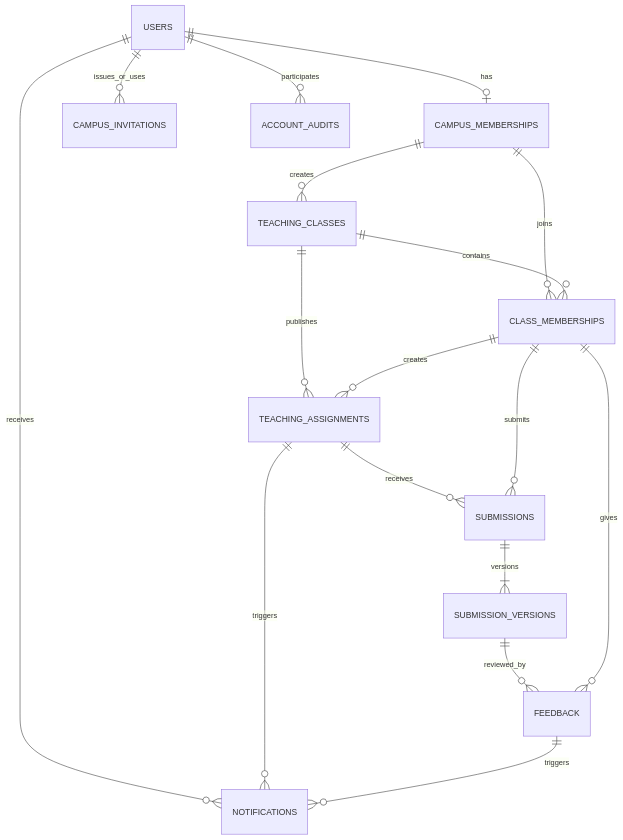
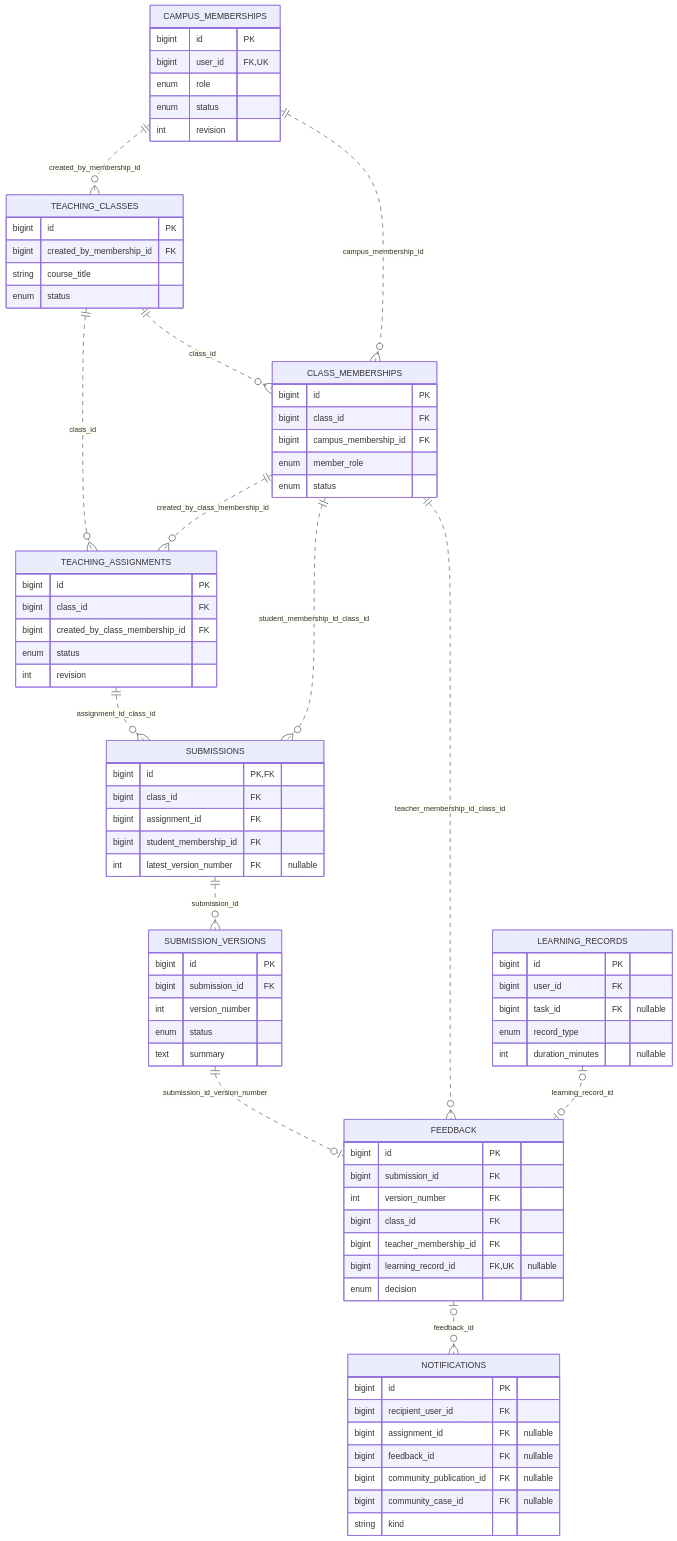
The sixth of 8 diagrams in README.md (lengchang-haoyuan/AI-Assisted-Campus-Learning-and-Code-Practice-Platform), drawn with Mermaid before and after one commit. The commit also changed other lines of this file and 14 other files, not shown here.

Commit message:
docs: expand key code paths and database ER diagrams

````diff
--- a/README.md
+++ b/README.md
@@ -209,19 +542,81 @@
 ```mermaid
 erDiagram
-    USERS ||--o| CAMPUS_MEMBERSHIPS : has
-    USERS ||--o{ CAMPUS_INVITATIONS : issues_or_uses
-    USERS ||--o{ ACCOUNT_AUDITS : participates
-    CAMPUS_MEMBERSHIPS ||--o{ TEACHING_CLASSES : creates
-    CAMPUS_MEMBERSHIPS ||--o{ CLASS_MEMBERSHIPS : joins
-    TEACHING_CLASSES ||--o{ CLASS_MEMBERSHIPS : contains
-    TEACHING_CLASSES ||--o{ TEACHING_ASSIGNMENTS : publishes
-    CLASS_MEMBERSHIPS ||--o{ TEACHING_ASSIGNMENTS : creates
-    TEACHING_ASSIGNMENTS ||--o{ SUBMISSIONS : receives
-    CLASS_MEMBERSHIPS ||--o{ SUBMISSIONS : submits
-    SUBMISSIONS ||--|{ SUBMISSION_VERSIONS : versions
-    SUBMISSION_VERSIONS ||--o{ FEEDBACK : reviewed_by
-    CLASS_MEMBERSHIPS ||--o{ FEEDBACK : gives
-    USERS ||--o{ NOTIFICATIONS : receives
-    TEACHING_ASSIGNMENTS ||--o{ NOTIFICATIONS : triggers
-    FEEDBACK ||--o{ NOTIFICATIONS : triggers
+    CAMPUS_MEMBERSHIPS {
+        bigint id PK
+        bigint user_id FK, UK
+        enum role
+        enum status
+        int revision
+    }
+    TEACHING_CLASSES {
+        bigint id PK
+        bigint created_by_membership_id FK
+        string course_title
+        enum status
+    }
+    CLASS_MEMBERSHIPS {
+        bigint id PK
+        bigint class_id FK
+        bigint campus_membership_id FK
+        enum member_role
+        enum status
+    }
+    TEACHING_ASSIGNMENTS {
+        bigint id PK
+        bigint class_id FK
+        bigint created_by_class_membership_id FK
+        enum status
+        int revision
+    }
+    SUBMISSIONS {
+        bigint id PK, FK
+        bigint class_id FK
+        bigint assignment_id FK
+        bigint student_membership_id FK
+        int latest_version_number FK "nullable"
+    }
+    SUBMISSION_VERSIONS {
+        bigint id PK
+        bigint submission_id FK
+        int version_number
+        enum status
+        text summary
+    }
+    FEEDBACK {
+        bigint id PK
+        bigint submission_id FK
+        int version_number FK
+        bigint class_id FK
+        bigint teacher_membership_id FK
+        bigint learning_record_id FK, UK "nullable"
+        enum decision
+    }
+    LEARNING_RECORDS {
+        bigint id PK
+        bigint user_id FK
+        bigint task_id FK "nullable"
+        enum record_type
+        int duration_minutes "nullable"
+    }
+    NOTIFICATIONS {
+        bigint id PK
+        bigint recipient_user_id FK
+        bigint assignment_id FK "nullable"
+        bigint feedback_id FK "nullable"
+        bigint community_publication_id FK "nullable"
+        bigint community_case_id FK "nullable"
+        string kind
+    }
+    CAMPUS_MEMBERSHIPS ||..o{ TEACHING_CLASSES : created_by_membership_id
+    TEACHING_CLASSES ||..o{ CLASS_MEMBERSHIPS : class_id
+    CAMPUS_MEMBERSHIPS ||..o{ CLASS_MEMBERSHIPS : campus_membership_id
+    TEACHING_CLASSES ||..o{ TEACHING_ASSIGNMENTS : class_id
+    CLASS_MEMBERSHIPS ||..o{ TEACHING_ASSIGNMENTS : created_by_class_membership_id
+    TEACHING_ASSIGNMENTS ||..o{ SUBMISSIONS : assignment_id_class_id
+    CLASS_MEMBERSHIPS ||..o{ SUBMISSIONS : student_membership_id_class_id
+    SUBMISSIONS ||..o{ SUBMISSION_VERSIONS : submission_id
+    SUBMISSION_VERSIONS ||..o| FEEDBACK : submission_id_version_number
+    CLASS_MEMBERSHIPS ||..o{ FEEDBACK : teacher_membership_id_class_id
+    LEARNING_RECORDS |o..o| FEEDBACK : learning_record_id
+    FEEDBACK |o..o{ NOTIFICATIONS : feedback_id
 ```
````
